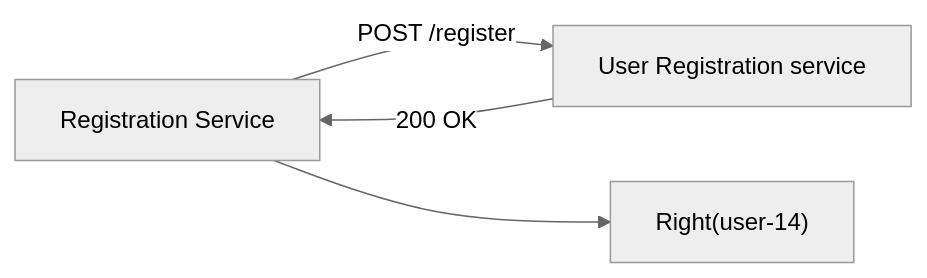
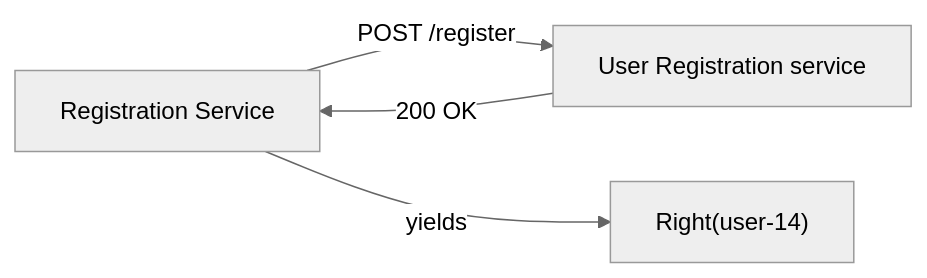
The ninth of 13 diagrams in docs/ch06-remote-procedure-invocation.md (vinayakuber/microservices-io-study-guide), drawn with Mermaid (neutral theme) before and after one commit. The commit also changed other lines of this file and 71 other files, not shown here.

First line of the commit message:
R18: label every diagram arrow with its meaning

````diff
--- a/docs/ch06-remote-procedure-invocation.md
+++ b/docs/ch06-remote-procedure-invocation.md
@@ -303,6 +303,6 @@
 ```mermaid
 flowchart LR
   C["Registration Service"] -->|"POST /register"| SVC["User Registration service"]
   SVC -->|"200 OK"| C
-  C --> R["Right(user-14)"]
+  C -->|"yields"| R["Right(user-14)"]
 ```
````
